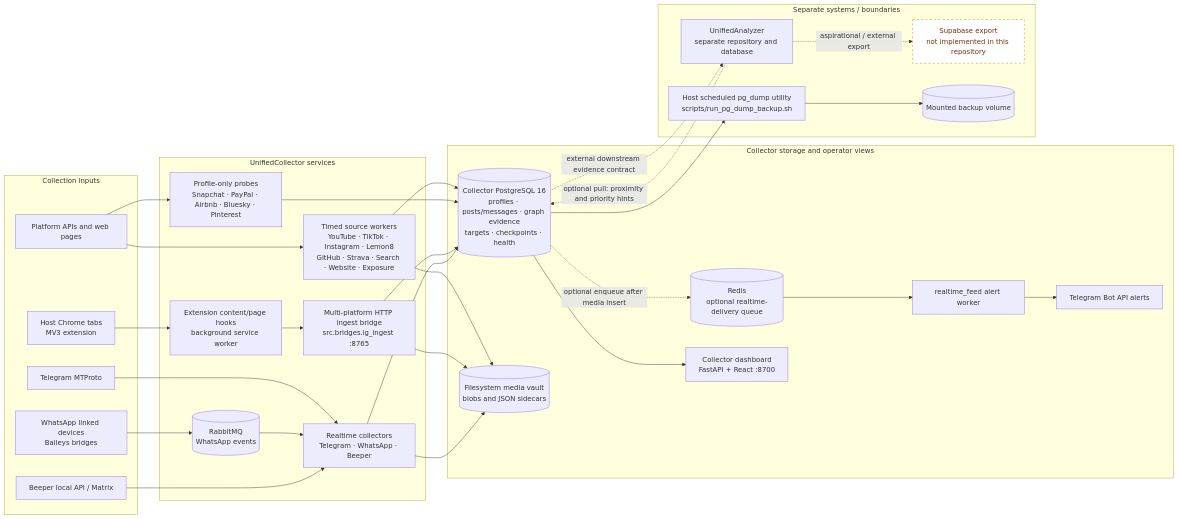
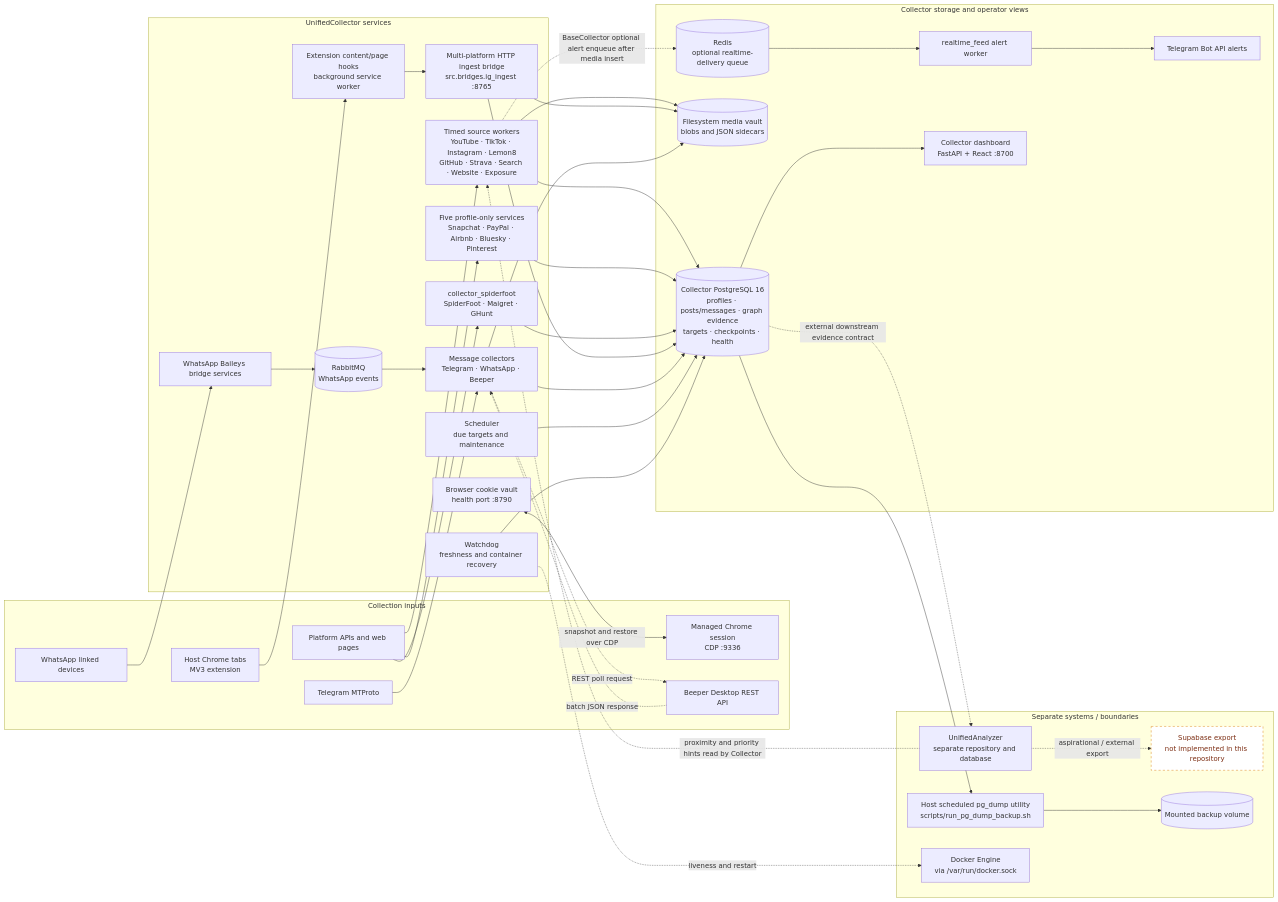
One commit to hongyime/unifiedcollector changed the first of 3 diagrams in docs/architecture.md. Above: the diagram before and after it, drawn with Mermaid. The commit also changed other lines of this file and 2 other files, not shown here.

Commit message:
docs: fix architecture diagrams and audit notes

````diff
--- a/docs/architecture.md
+++ b/docs/architecture.md
@@ -7,59 +7,74 @@
 ```mermaid
 flowchart LR
   subgraph Inputs[Collection inputs]
     APIs[Platform APIs and web pages]
     Chrome[Host Chrome tabs<br/>MV3 extension]
+    ManagedChrome[Managed Chrome session<br/>CDP :9336]
     TG[Telegram MTProto]
-    WA[WhatsApp linked devices<br/>Baileys bridges]
-    BP[Beeper local API / Matrix]
+    WA[WhatsApp linked devices]
+    BP[Beeper Desktop REST API]
   end
 
   subgraph Collection[UnifiedCollector services]
     Workers[Timed source workers<br/>YouTube · TikTok · Instagram · Lemon8<br/>GitHub · Strava · Search · Website · Exposure]
-    Profiles[Profile-only probes<br/>Snapchat · PayPal · Airbnb · Bluesky · Pinterest]
+    Profiles[Five profile-only services<br/>Snapchat · PayPal · Airbnb · Bluesky · Pinterest]
+    Spiderfoot[collector_spiderfoot<br/>SpiderFoot · Maigret · GHunt]
     Ext[Extension content/page hooks<br/>background service worker]
     Bridge[Multi-platform HTTP ingest bridge<br/>src.bridges.ig_ingest :8765]
+    WABridge[WhatsApp Baileys bridge services]
     Rabbit[(RabbitMQ<br/>WhatsApp events)]
-    Msg[Realtime collectors<br/>Telegram · WhatsApp · Beeper]
+    Msg[Message collectors<br/>Telegram · WhatsApp · Beeper]
+    Scheduler[Scheduler<br/>due targets and maintenance]
+    Watchdog[Watchdog<br/>freshness and container recovery]
+    CookieVault[Browser cookie vault<br/>health port :8790]
   end
 
   subgraph Storage[Collector storage and operator views]
     PG[(Collector PostgreSQL 16<br/>profiles · posts/messages · graph evidence<br/>targets · checkpoints · health)]
     Vault[(Filesystem media vault<br/>blobs and JSON sidecars)]
     Redis[(Redis<br/>optional realtime-delivery queue)]
     RTF[realtime_feed alert worker]
     Alert[Telegram Bot API alerts]
     Dash[Collector dashboard<br/>FastAPI + React :8700]
   end
 
   subgraph External[Separate systems / boundaries]
     Analyzer[UnifiedAnalyzer<br/>separate repository and database]
     Supa[Supabase export<br/>not implemented in this repository]
     Backup[Host scheduled pg_dump utility<br/>scripts/run_pg_dump_backup.sh]
     BackupVolume[(Mounted backup volume)]
+    Docker[Docker Engine<br/>via /var/run/docker.sock]
   end
 
   APIs --> Workers
   APIs --> Profiles
+  APIs --> Spiderfoot
   Chrome --> Ext --> Bridge
   TG --> Msg
-  WA --> Rabbit --> Msg
-  BP --> Msg
+  WA --> WABridge --> Rabbit --> Msg
+  Msg -. REST poll request .-> BP
+  BP -. batch JSON response .-> Msg
 
   Workers --> PG
   Profiles --> PG
+  Spiderfoot --> PG
   Bridge --> PG
   Msg --> PG
+  Scheduler --> PG
+  Watchdog --> PG
   Workers --> Vault
   Bridge --> Vault
   Msg --> Vault
+  CookieVault <-->|snapshot and restore over CDP| ManagedChrome
+  Watchdog -. liveness and restart .-> Docker
   PG --> Dash
-  PG -. optional enqueue after media insert .-> Redis --> RTF --> Alert
+  Workers -.->|BaseCollector optional alert enqueue after media insert| Redis
+  Redis --> RTF --> Alert
   PG -. external downstream evidence contract .-> Analyzer
-  Analyzer -. optional pull: proximity and priority hints .-> PG
+  Analyzer -. proximity and priority hints read by Collector .-> Workers
   Analyzer -. aspirational / external export .-> Supa
   PG --> Backup --> BackupVolume
 
   classDef planned fill:#fff,stroke:#d97706,stroke-dasharray: 5 5,color:#7c2d12;
   class Supa planned;
 ```
````
